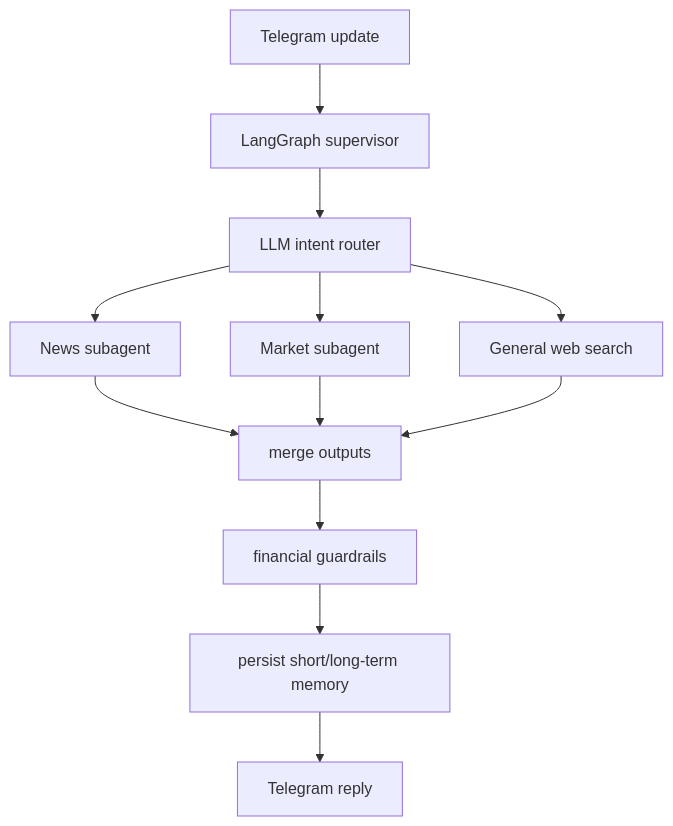
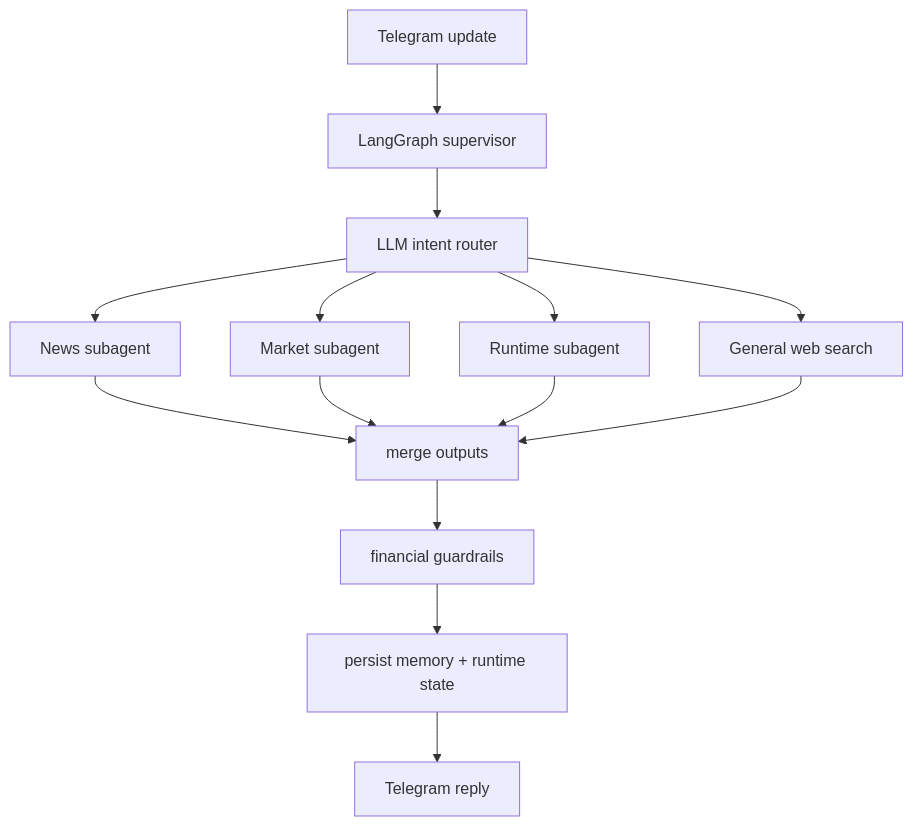
Before and after one commit to whr129/Hello-Stock: the first of 2 diagrams in README.md, drawn with Mermaid. The commit also changed other lines of this file and 1 other file, not shown here.

````diff
--- a/README.md
+++ b/README.md
@@ -28,14 +29,16 @@
 ```mermaid
 flowchart TD
     telegram[Telegram update] --> supervisor[LangGraph supervisor]
     supervisor --> router[LLM intent router]
     router --> news[News subagent]
     router --> market[Market subagent]
+    router --> runtime[Runtime subagent]
     router --> search[General web search]
     news --> merge[merge outputs]
     market --> merge
+    runtime --> merge
     search --> merge
     merge --> guardrails[financial guardrails]
-    guardrails --> memory[persist short/long-term memory]
-    memory --> reply[Telegram reply]
+    guardrails --> persist[persist memory + runtime state]
+    persist --> reply[Telegram reply]
 ```
````
